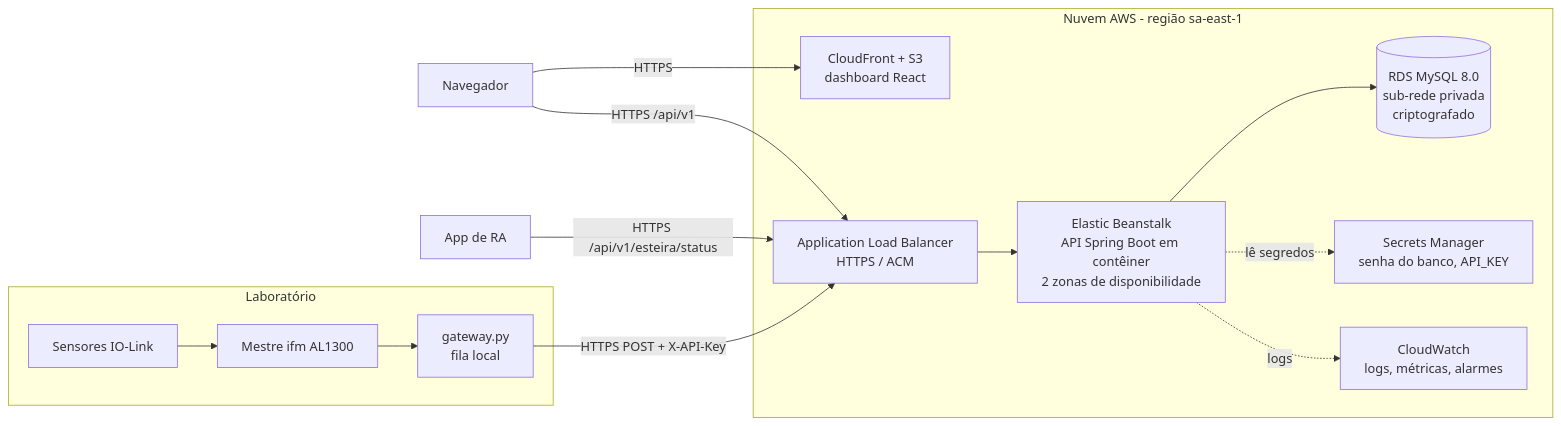
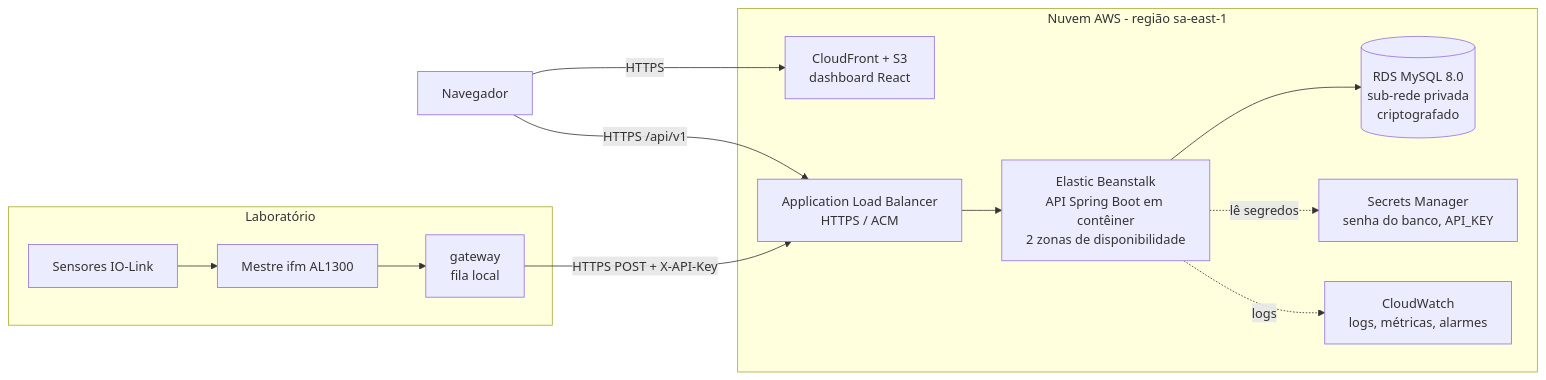
Before and after one commit to rafarubia7/manufatura-metaltech: the second of 2 diagrams in docs/arquitetura_nuvem.md, drawn with Mermaid. The commit also changed other lines of this file and 2 other files, not shown here.

Commit message:
docs(nuvem): servidor local em Docker como implantacao atual e AWS como proposta de producao

````diff
--- a/docs/arquitetura_nuvem.md
+++ b/docs/arquitetura_nuvem.md
@@ -7,22 +138,21 @@
 ```mermaid
 flowchart LR
     subgraph Laboratório
         S[Sensores IO-Link] --> M[Mestre ifm AL1300]
-        M --> G[gateway.py<br/>fila local]
+        M --> G[gateway<br/>fila local]
     end
     subgraph Nuvem AWS - região sa-east-1
         CF[CloudFront + S3<br/>dashboard React]
         ALB[Application Load Balancer<br/>HTTPS / ACM]
         EB[Elastic Beanstalk<br/>API Spring Boot em contêiner<br/>2 zonas de disponibilidade]
         RDS[(RDS MySQL 8.0<br/>sub-rede privada<br/>criptografado)]
         SM[Secrets Manager<br/>senha do banco, API_KEY]
         CW[CloudWatch<br/>logs, métricas, alarmes]
     end
     U[Navegador] -->|HTTPS| CF
     U -->|HTTPS /api/v1| ALB
-    RA[App de RA] -->|HTTPS /api/v1/esteira/status| ALB
     G -->|HTTPS POST + X-API-Key| ALB
     ALB --> EB --> RDS
     EB -. lê segredos .-> SM
     EB -. logs .-> CW
 ```
````
